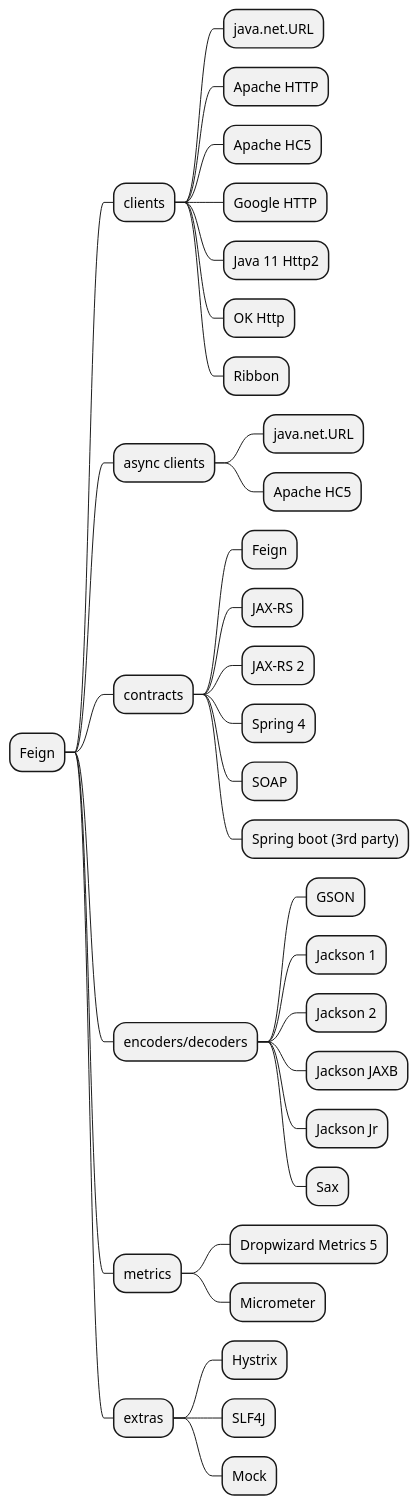
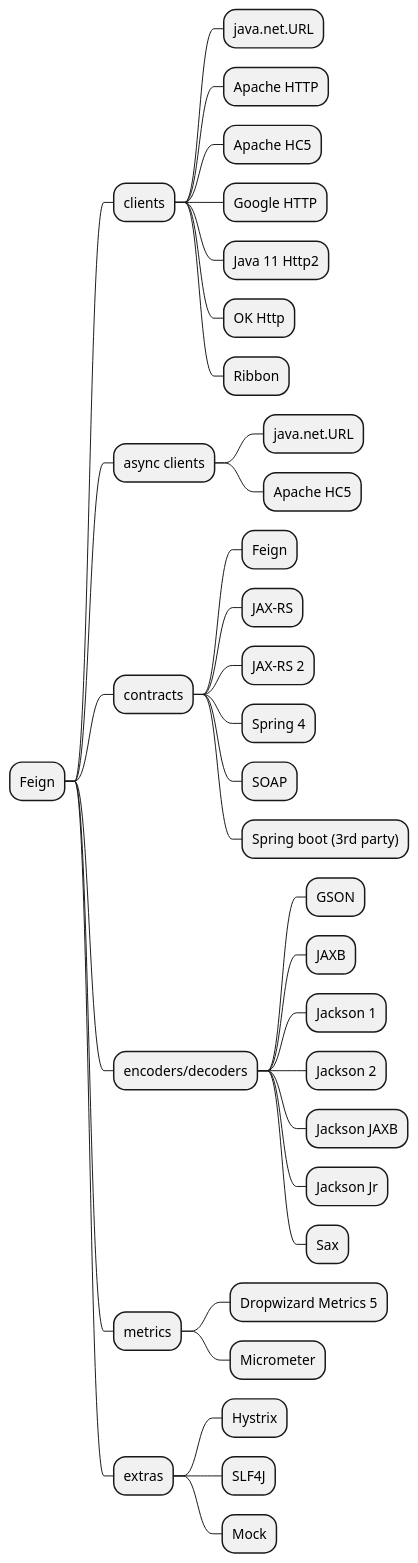
One commit to OpenFeign/feign changed the diagram in src/docs/overview-mindmap.iuml. Above: the diagram before and after it, drawn with PlantUML.

Commit message:
Add missing encoder/decoder to overview-mindmap.iuml

```diff
--- a/src/docs/overview-mindmap.iuml
+++ b/src/docs/overview-mindmap.iuml
@@ -1,35 +1,36 @@
 @startmindmap
 * Feign
 ** clients
 *** java.net.URL
 *** Apache HTTP
 *** Apache HC5
 *** Google HTTP
 *** Java 11 Http2
 *** OK Http
 *** Ribbon
 ** async clients
 *** java.net.URL
 *** Apache HC5
 ** contracts
 *** Feign
 *** JAX-RS
 *** JAX-RS 2
 *** Spring 4
 *** SOAP
 *** Spring boot (3rd party)
 ** encoders/decoders
 *** GSON
+*** JAXB
 *** Jackson 1
 *** Jackson 2
 *** Jackson JAXB
 *** Jackson Jr
 *** Sax
 ** metrics
 *** Dropwizard Metrics 5
 *** Micrometer
 ** extras
 *** Hystrix
 *** SLF4J
 *** Mock
 @endmindmap
```
